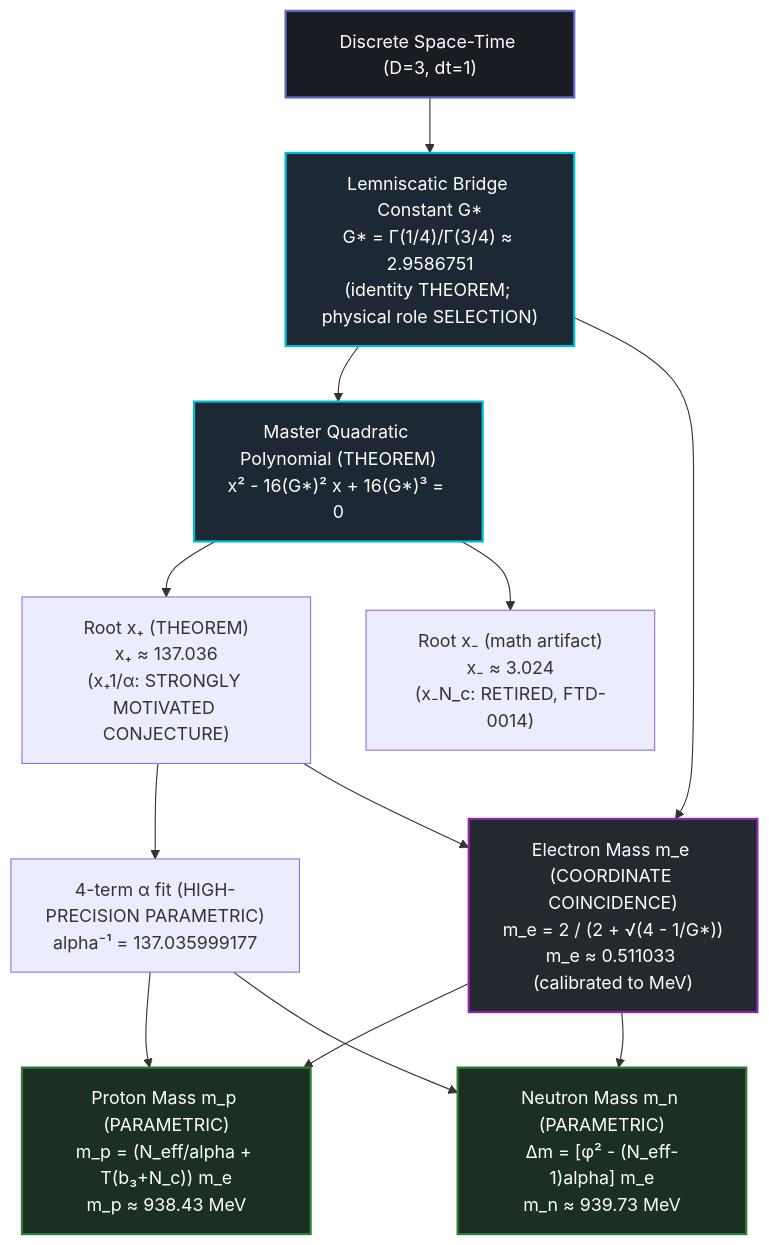
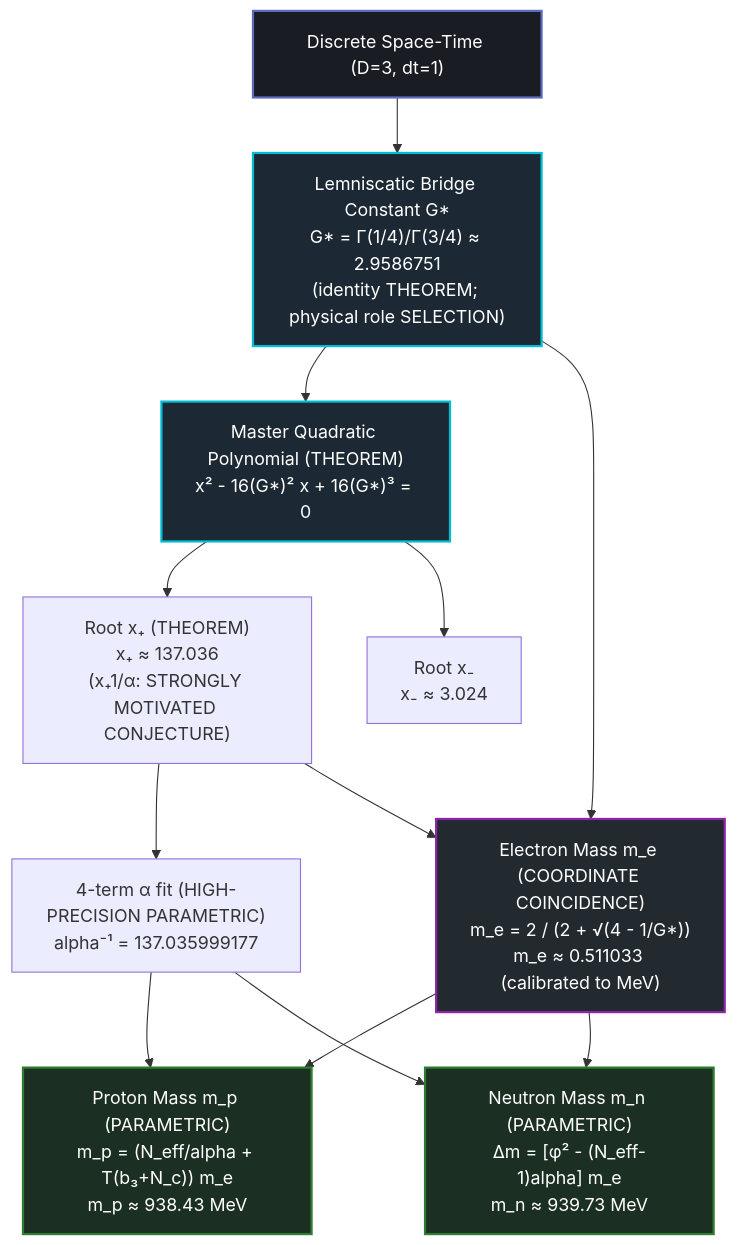
One commit to cpaci-tani/Foundational-Ternary-Dynamics changed the diagram in docs/theory/05_particles/EXPLR_FTD_MASS_CHAIN.md. Above: the diagram before and after it, drawn with Mermaid. The commit also changed other lines of this file and 316 other files, not shown here.

````diff
--- a/docs/theory/05_particles/EXPLR_FTD_MASS_CHAIN.md
+++ b/docs/theory/05_particles/EXPLR_FTD_MASS_CHAIN.md
@@ -33,22 +33,22 @@
 ```mermaid
 graph TD
     Substrate["Discrete Space-Time (D=3, dt=1)"] --> Gstar["Lemniscatic Bridge Constant G*<br/>G* = Γ(1/4)/Γ(3/4) ≈ 2.9586751<br/>(identity THEOREM; physical role SELECTION)"]
     Gstar --> Master["Master Quadratic Polynomial (THEOREM)<br/>x² - 16(G*)² x + 16(G*)³ = 0"]
     Master --> xplus["Root x₊ (THEOREM)<br/>x₊ ≈ 137.036<br/>(x₊1/α: STRONGLY MOTIVATED CONJECTURE)"]
-    Master --> xminus["Root x₋ (math artifact)<br/>x₋ ≈ 3.024<br/>(x₋N_c: RETIRED, FTD-0014)"]
+    Master --> xminus["Root x₋<br/>x₋ ≈ 3.024"]
     
     xplus --> QED["4-term α fit (HIGH-PRECISION PARAMETRIC)<br/>alpha⁻¹ = 137.035999177"]
     
     xplus & Gstar --> me["Electron Mass m_e (COORDINATE COINCIDENCE)<br/>m_e = 2 / (2 + √(4 - 1/G*))<br/>m_e ≈ 0.511033 (calibrated to MeV)"]
     
     me & QED --> mp["Proton Mass m_p (PARAMETRIC)<br/>m_p = (N_eff/alpha + T(b₃+N_c)) m_e<br/>m_p ≈ 938.43 MeV"]
     
     me & QED --> mn["Neutron Mass m_n (PARAMETRIC)<br/>Δm = [φ² - (N_eff-1)alpha] m_e<br/>m_n ≈ 939.73 MeV"]
 
     style Substrate fill:#1a1c23,stroke:#5c6bc0,stroke-width:2px,color:#fff
     style Gstar fill:#1c2833,stroke:#00bcd4,stroke-width:2px,color:#fff
     style Master fill:#1c2833,stroke:#00bcd4,stroke-width:2px,color:#fff
     style me fill:#222a30,stroke:#8e24aa,stroke-width:2px,color:#fff
     style mp fill:#1b3022,stroke:#2e7d32,stroke-width:2px,color:#fff
     style mn fill:#1b3022,stroke:#2e7d32,stroke-width:2px,color:#fff
 ```
````
